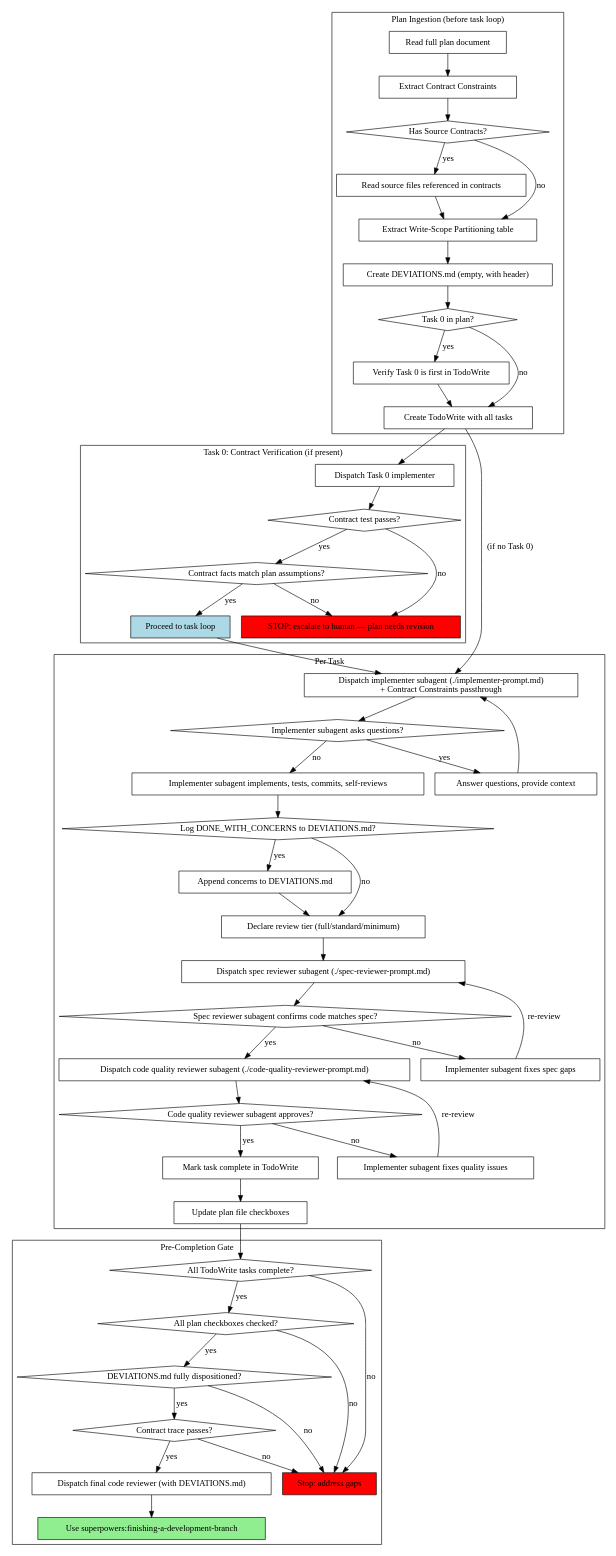
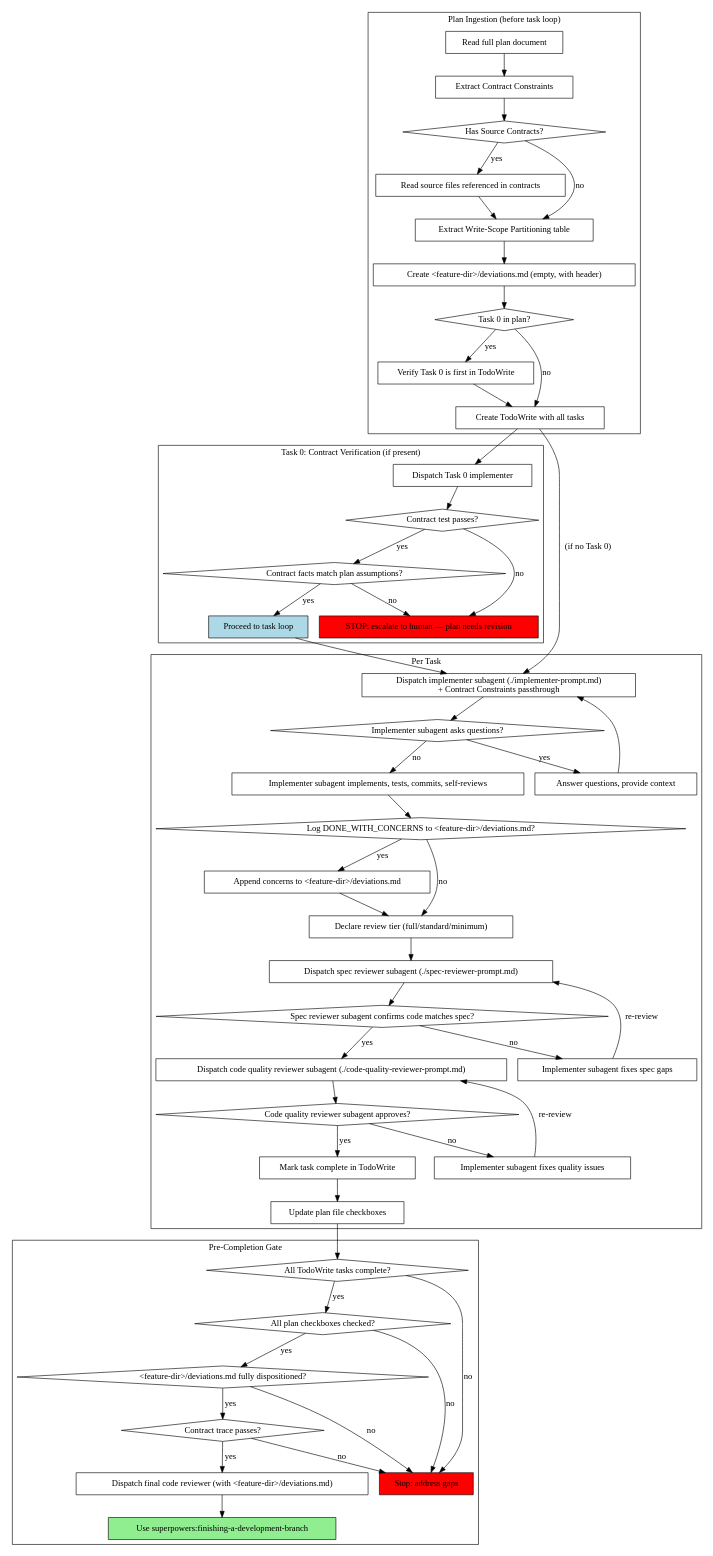
One commit to araymond-x/superpowers changed the second of 2 diagrams in skills/subagent-driven-development/SKILL.md. Above: the diagram before and after it, drawn with Graphviz. The commit also changed other lines of this file and 1 other file, not shown here.

First line of the commit message:
feat: update execution skills for per-feature directory paths

```diff
--- a/skills/subagent-driven-development/SKILL.md
+++ b/skills/subagent-driven-development/SKILL.md
@@ -57,7 +57,7 @@
         "Has Source Contracts?" [shape=diamond];
         "Read source files referenced in contracts" [shape=box];
         "Extract Write-Scope Partitioning table" [shape=box];
-        "Create DEVIATIONS.md (empty, with header)" [shape=box];
+        "Create <feature-dir>/deviations.md (empty, with header)" [shape=box];
         "Task 0 in plan?" [shape=diamond];
         "Verify Task 0 is first in TodoWrite" [shape=box];
         "Create TodoWrite with all tasks" [shape=box];
@@ -67,8 +67,8 @@
         "Has Source Contracts?" -> "Read source files referenced in contracts" [label="yes"];
         "Has Source Contracts?" -> "Extract Write-Scope Partitioning table" [label="no"];
         "Read source files referenced in contracts" -> "Extract Write-Scope Partitioning table";
-        "Extract Write-Scope Partitioning table" -> "Create DEVIATIONS.md (empty, with header)";
-        "Create DEVIATIONS.md (empty, with header)" -> "Task 0 in plan?";
+        "Extract Write-Scope Partitioning table" -> "Create <feature-dir>/deviations.md (empty, with header)";
+        "Create <feature-dir>/deviations.md (empty, with header)" -> "Task 0 in plan?";
         "Task 0 in plan?" -> "Verify Task 0 is first in TodoWrite" [label="yes"];
         "Task 0 in plan?" -> "Create TodoWrite with all tasks" [label="no"];
         "Verify Task 0 is first in TodoWrite" -> "Create TodoWrite with all tasks";
@@ -95,8 +95,8 @@
         "Implementer subagent asks questions?" [shape=diamond];
         "Answer questions, provide context" [shape=box];
         "Implementer subagent implements, tests, commits, self-reviews" [shape=box];
-        "Log DONE_WITH_CONCERNS to DEVIATIONS.md?" [shape=diamond];
-        "Append concerns to DEVIATIONS.md" [shape=box];
+        "Log DONE_WITH_CONCERNS to <feature-dir>/deviations.md?" [shape=diamond];
+        "Append concerns to <feature-dir>/deviations.md" [shape=box];
         "Declare review tier (full/standard/minimum)" [shape=box];
         "Dispatch spec reviewer subagent (./spec-reviewer-prompt.md)" [shape=box];
         "Spec reviewer subagent confirms code matches spec?" [shape=diamond];
@@ -112,21 +112,21 @@
         label="Pre-Completion Gate";
         "All TodoWrite tasks complete?" [shape=diamond];
         "All plan checkboxes checked?" [shape=diamond];
-        "DEVIATIONS.md fully dispositioned?" [shape=diamond];
+        "<feature-dir>/deviations.md fully dispositioned?" [shape=diamond];
         "Contract trace passes?" [shape=diamond];
         "Stop: address gaps" [shape=box style=filled fillcolor=red];
-        "Dispatch final code reviewer (with DEVIATIONS.md)" [shape=box];
+        "Dispatch final code reviewer (with <feature-dir>/deviations.md)" [shape=box];
         "Use superpowers:finishing-a-development-branch" [shape=box style=filled fillcolor=lightgreen];
 
         "All TodoWrite tasks complete?" -> "All plan checkboxes checked?" [label="yes"];
         "All TodoWrite tasks complete?" -> "Stop: address gaps" [label="no"];
-        "All plan checkboxes checked?" -> "DEVIATIONS.md fully dispositioned?" [label="yes"];
+        "All plan checkboxes checked?" -> "<feature-dir>/deviations.md fully dispositioned?" [label="yes"];
         "All plan checkboxes checked?" -> "Stop: address gaps" [label="no"];
-        "DEVIATIONS.md fully dispositioned?" -> "Contract trace passes?" [label="yes"];
-        "DEVIATIONS.md fully dispositioned?" -> "Stop: address gaps" [label="no"];
-        "Contract trace passes?" -> "Dispatch final code reviewer (with DEVIATIONS.md)" [label="yes"];
+        "<feature-dir>/deviations.md fully dispositioned?" -> "Contract trace passes?" [label="yes"];
+        "<feature-dir>/deviations.md fully dispositioned?" -> "Stop: address gaps" [label="no"];
+        "Contract trace passes?" -> "Dispatch final code reviewer (with <feature-dir>/deviations.md)" [label="yes"];
         "Contract trace passes?" -> "Stop: address gaps" [label="no"];
-        "Dispatch final code reviewer (with DEVIATIONS.md)" -> "Use superpowers:finishing-a-development-branch";
+        "Dispatch final code reviewer (with <feature-dir>/deviations.md)" -> "Use superpowers:finishing-a-development-branch";
     }
 
     "Create TodoWrite with all tasks" -> "Dispatch Task 0 implementer";
@@ -136,10 +136,10 @@
     "Implementer subagent asks questions?" -> "Answer questions, provide context" [label="yes"];
     "Answer questions, provide context" -> "Dispatch implementer subagent (./implementer-prompt.md)\n+ Contract Constraints passthrough";
     "Implementer subagent asks questions?" -> "Implementer subagent implements, tests, commits, self-reviews" [label="no"];
-    "Implementer subagent implements, tests, commits, self-reviews" -> "Log DONE_WITH_CONCERNS to DEVIATIONS.md?";
-    "Log DONE_WITH_CONCERNS to DEVIATIONS.md?" -> "Append concerns to DEVIATIONS.md" [label="yes"];
-    "Log DONE_WITH_CONCERNS to DEVIATIONS.md?" -> "Declare review tier (full/standard/minimum)" [label="no"];
-    "Append concerns to DEVIATIONS.md" -> "Declare review tier (full/standard/minimum)";
+    "Implementer subagent implements, tests, commits, self-reviews" -> "Log DONE_WITH_CONCERNS to <feature-dir>/deviations.md?";
+    "Log DONE_WITH_CONCERNS to <feature-dir>/deviations.md?" -> "Append concerns to <feature-dir>/deviations.md" [label="yes"];
+    "Log DONE_WITH_CONCERNS to <feature-dir>/deviations.md?" -> "Declare review tier (full/standard/minimum)" [label="no"];
+    "Append concerns to <feature-dir>/deviations.md" -> "Declare review tier (full/standard/minimum)";
     "Declare review tier (full/standard/minimum)" -> "Dispatch spec reviewer subagent (./spec-reviewer-prompt.md)";
     "Dispatch spec reviewer subagent (./spec-reviewer-prompt.md)" -> "Spec reviewer subagent confirms code matches spec?";
     "Spec reviewer subagent confirms code matches spec?" -> "Implementer subagent fixes spec gaps" [label="no"];
```
